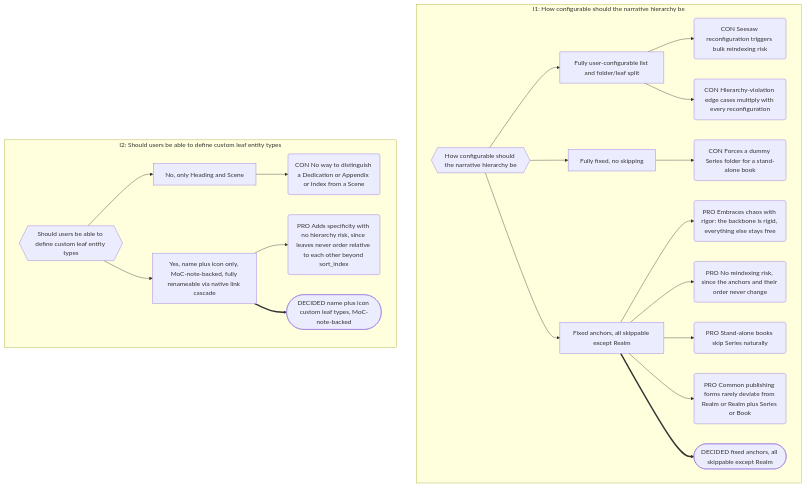
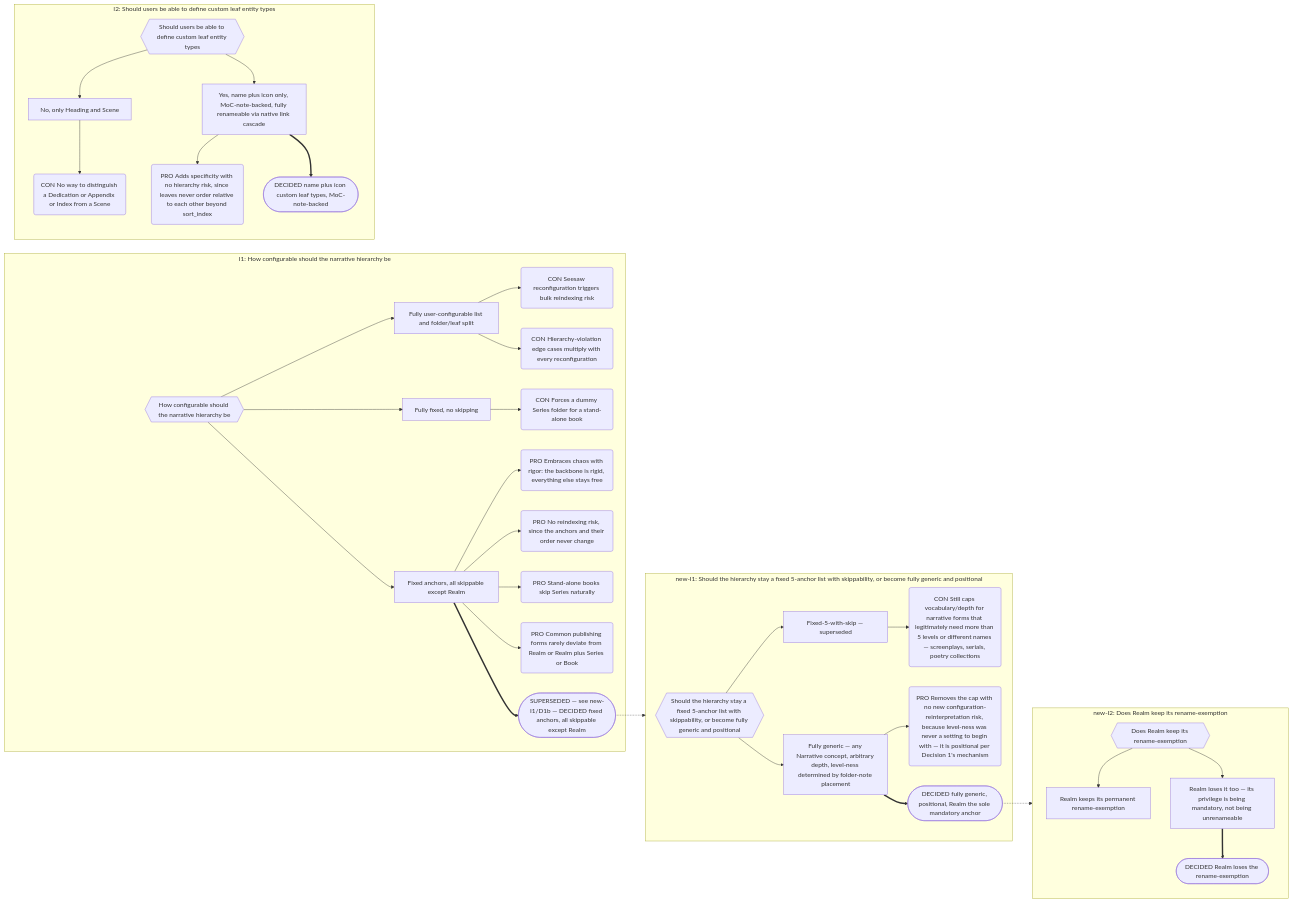
One commit to mlao-pdx/obsidian-plugin changed the diagram in docs/spec/02-configuration-model.md. Above: the diagram before and after it, drawn with Mermaid. The commit also changed other lines of this file and 19 other files, not shown here.

First line of the commit message:
docs(spec): redesign hierarchy with unconditional realm nesting

````diff
--- a/docs/spec/02-configuration-model.md
+++ b/docs/spec/02-configuration-model.md
@@ -177,41 +230,65 @@
 ```mermaid
-flowchart TD
+flowchart LR
     subgraph S1["I1: How configurable should the narrative hierarchy be"]
         I1{{How configurable should the narrative hierarchy be}}
         P1[Fully user-configurable list and folder/leaf split]
         P2[Fully fixed, no skipping]
         P3[Fixed anchors, all skippable except Realm]
         I1 --> P1
         I1 --> P2
         I1 --> P3
         C1(CON Seesaw reconfiguration triggers bulk reindexing risk)
         C2(CON Hierarchy-violation edge cases multiply with every reconfiguration)
         P1 --> C1
         P1 --> C2
         C3(CON Forces a dummy Series folder for a stand-alone book)
         P2 --> C3
         A1(PRO Embraces chaos with rigor: the backbone is rigid, everything else stays free)
         A2(PRO No reindexing risk, since the anchors and their order never change)
         A3(PRO Stand-alone books skip Series naturally)
         A4(PRO Common publishing forms rarely deviate from Realm or Realm plus Series or Book)
         P3 --> A1
         P3 --> A2
         P3 --> A3
         P3 --> A4
-        D1([DECIDED fixed anchors, all skippable except Realm])
+        D1([SUPERSEDED — see new-I1/D1b — DECIDED fixed anchors, all skippable except Realm])
         P3 ==> D1
     end
     subgraph S2["I2: Should users be able to define custom leaf entity types"]
         I2{{Should users be able to define custom leaf entity types}}
         P2a[No, only Heading and Scene]
         P2b[Yes, name plus icon only, MoC-note-backed, fully renameable via native link cascade]
         I2 --> P2a
         I2 --> P2b
         C2a(CON No way to distinguish a Dedication or Appendix or Index from a Scene)
         P2a --> C2a
         A2a(PRO Adds specificity with no hierarchy risk, since leaves never order relative to each other beyond sort_index)
         P2b --> A2a
         D2([DECIDED name plus icon custom leaf types, MoC-note-backed])
         P2b ==> D2
     end
+    D1 -.-> N1
+    subgraph N1["new-I1: Should the hierarchy stay a fixed 5-anchor list with skippability, or become fully generic and positional"]
+        NI1{{Should the hierarchy stay a fixed 5-anchor list with skippability, or become fully generic and positional}}
+        NP1a[Fixed-5-with-skip — superseded]
+        NP1b[Fully generic — any Narrative concept, arbitrary depth, level-ness determined by folder-note placement]
+        NI1 --> NP1a
+        NI1 --> NP1b
+        NC1a(CON Still caps vocabulary/depth for narrative forms that legitimately need more than 5 levels or different names — screenplays, serials, poetry collections)
+        NP1a --> NC1a
+        NA1a(PRO Removes the cap with no new configuration-reinterpretation risk, because level-ness was never a setting to begin with — it is positional per Decision 1's mechanism)
+        NP1b --> NA1a
+        D1b([DECIDED fully generic, positional, Realm the sole mandatory anchor])
+        NP1b ==> D1b
+    end
+    D1b -.-> N2
+    subgraph N2["new-I2: Does Realm keep its rename-exemption"]
+        NI2{{Does Realm keep its rename-exemption}}
+        NP2a[Realm keeps its permanent rename-exemption]
+        NP2b[Realm loses it too — its privilege is being mandatory, not being unrenameable]
+        NI2 --> NP2a
+        NI2 --> NP2b
+        D2b([DECIDED Realm loses the rename-exemption])
+        NP2b ==> D2b
+    end
 ```
````
